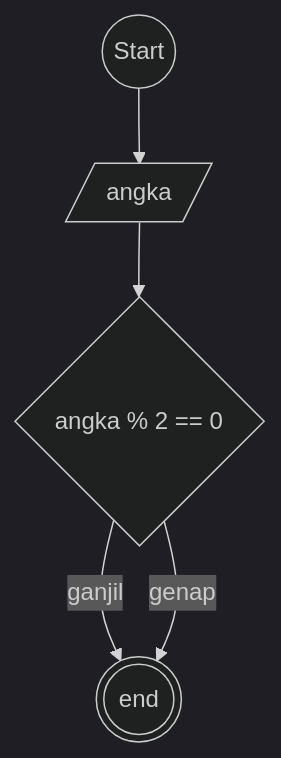
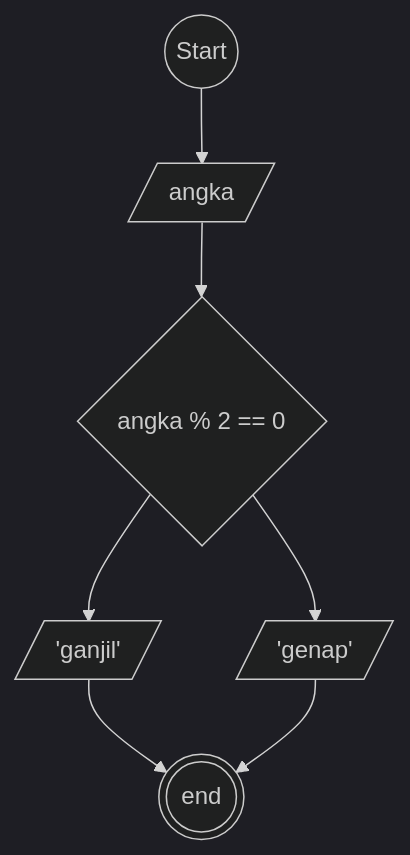
One commit to fatawaimamalmuftin/koda-b8-Algoritma changed the diagram in ganjilGenap.md. Above: the diagram before and after it, drawn with Mermaid (dark theme). The commit also changed other lines of this file, not shown here.

Commit message:
Algoritma type penulisan : PSeudo-Code
Case: Membuat algoritma menentukan bilangan ganjil atau genap

````diff
--- a/ganjilGenap.md
+++ b/ganjilGenap.md
@@ -14,13 +13,15 @@
 ```mermaid
 flowchart TD
 
 mulai@{shape: circle, label: "Start"}
 angka@{ shape: lean-r, label: "angka" }
 modulus@{ shape: diamond, label: "angka % 2 == 0" }
 selesai@{shape: doublecircle, label: "end"}
+genap@{ shape: lean-r, label: "'genap'" }
+ganjil@{ shape: lean-r, label: "'ganjil'" }
 
-mulai-->
-angka-->
-modulus--ganjil-->selesai
-modulus--genap-->selesai
+mulai-->angka-->modulus-->ganjil
+                modulus-->genap
+ganjil-->selesai
+genap-->selesai
 ```
````
